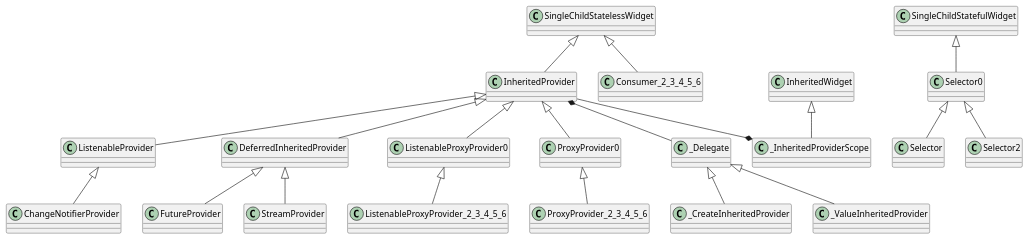
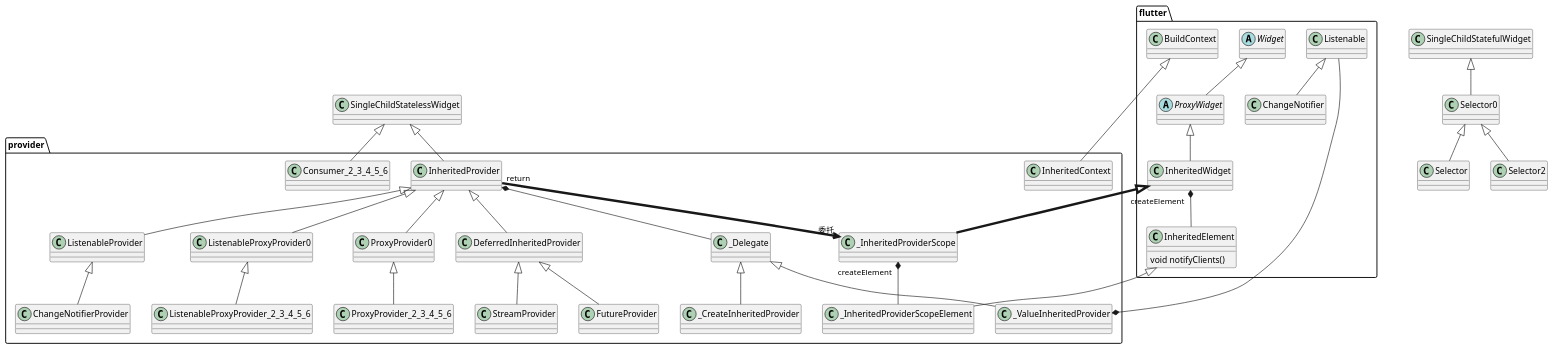
One commit to duweiwang/duweiwang.github.io changed the diagram in uml/flutter-provider.puml. Above: the diagram before and after it, drawn with PlantUML. The commit also changed 19 other files, not shown here.

```diff
--- a/uml/flutter-provider.puml
+++ b/uml/flutter-provider.puml
@@ -1,39 +1,94 @@
 @startuml
 'https://plantuml.com/class-diagram
 
 class SingleChildStatelessWidget
-InheritedWidget <|-- _InheritedProviderScope
+class SingleChildStatefulWidget
+
+package provider{
+
+    class InheritedProvider
+
+    class DeferredInheritedProvider
+    class StreamProvider
+    class FutureProvider
+
+    class ListenableProvider
+    class ListenableProxyProvider0
+    class ChangeNotifierProvider
+
+    class ListenableProxyProvider_2_3_4_5_6
+
+    class ProxyProvider0
+    class Consumer_2_3_4_5_6
+    class ProxyProvider_2_3_4_5_6
+
+    class _Delegate
+    class _CreateInheritedProvider
+    class _ValueInheritedProvider
+
+    class _InheritedProviderScope
+
+    class InheritedContext
+    class _InheritedProviderScopeElement
+
+'    二级继承
+    InheritedProvider <|-- ListenableProvider
+    InheritedProvider <|-- DeferredInheritedProvider
+    InheritedProvider <|-- ListenableProxyProvider0
+    InheritedProvider <|-- ProxyProvider0
+
+'    这里是实际使用的具体实现
+    DeferredInheritedProvider <|-- FutureProvider
+    DeferredInheritedProvider <|-- StreamProvider
+    ListenableProvider <|-- ChangeNotifierProvider
+    ListenableProxyProvider0 <|-- ListenableProxyProvider_2_3_4_5_6
+    ProxyProvider0 <|-- ProxyProvider_2_3_4_5_6
+}
+
+package flutter {
+ class InheritedWidget
+ class ChangeNotifier
+ class Listenable
+ class BuildContext
+ abstract class ProxyWidget
+ abstract class Widget
+ class InheritedElement {
+    void notifyClients()
+ }
+
+ Widget <|-- ProxyWidget
+ ProxyWidget <|-- InheritedWidget
+
+ InheritedWidget "createElement"*-- InheritedElement
+
+}
+
+Listenable <|-- ChangeNotifier
+
+InheritedWidget <|-[thickness=4]- _InheritedProviderScope
 
 SingleChildStatelessWidget <|-- InheritedProvider
 SingleChildStatelessWidget <|-- Consumer_2_3_4_5_6
 
-InheritedProvider <|-- ListenableProvider
-InheritedProvider <|-- DeferredInheritedProvider
-InheritedProvider <|-- ListenableProxyProvider0
-InheritedProvider <|-- ProxyProvider0
+
 InheritedProvider *-- _Delegate
-InheritedProvider --* _InheritedProviderScope
+InheritedProvider "return"-[thickness=4]->"委托" _InheritedProviderScope
 
-DeferredInheritedProvider <|-- FutureProvider
-
-DeferredInheritedProvider <|-- StreamProvider
-
-ListenableProvider <|-- ChangeNotifierProvider
-
-ListenableProxyProvider0 <|-- ListenableProxyProvider_2_3_4_5_6
-
-ProxyProvider0 <|-- ProxyProvider_2_3_4_5_6
-
-
-class SingleChildStatefulWidget
 
 SingleChildStatefulWidget <|-- Selector0
 
 Selector0 <|-- Selector
 Selector0 <|-- Selector2
 
 _Delegate <|-- _CreateInheritedProvider
 _Delegate <|-- _ValueInheritedProvider
 
+_ValueInheritedProvider *-- Listenable
+
+BuildContext <|-- InheritedContext
+
+InheritedElement <|-- _InheritedProviderScopeElement
+
+_InheritedProviderScope "createElement"*-- _InheritedProviderScopeElement
 
 @enduml
```
